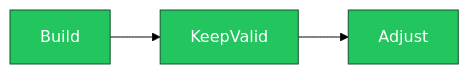
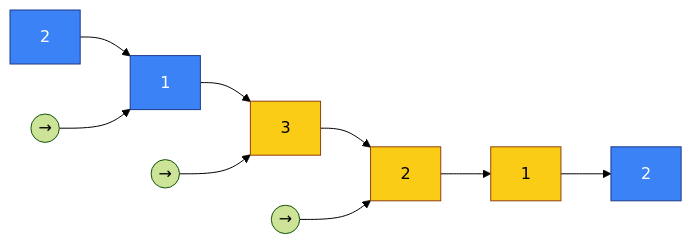
One commit to bhaskarneerati/coding-mermaid-diagrams changed diagram 11 of 11 in sliding-window.md. Above: the diagram before and after it, drawn with Mermaid (forest theme). The commit also changed other lines of this file, not shown here.

````diff
--- a/sliding-window.md
+++ b/sliding-window.md
@@ -123,8 +208,14 @@
 ```mermaid
 flowchart LR
-    Build --> KeepValid --> Adjust
+C1[2] --> C2[1] --> C3[3] --> C4[2] --> C5[1] --> C6[2]
 
-    classDef step fill:#22c55e,stroke:#14532d,color:#ffffff;
+move1((→)) --> C2
+move2((→)) --> C3
+move3((→)) --> C4
 
-    class Build,KeepValid,Adjust step;
+classDef base fill:#3b82f6,stroke:#1e3a8a,color:#ffffff;
+classDef window fill:#facc15,stroke:#92400e,color:#000000;
+
+class C3,C4,C5 window;
+class C1,C2,C6 base;
 ```
````
